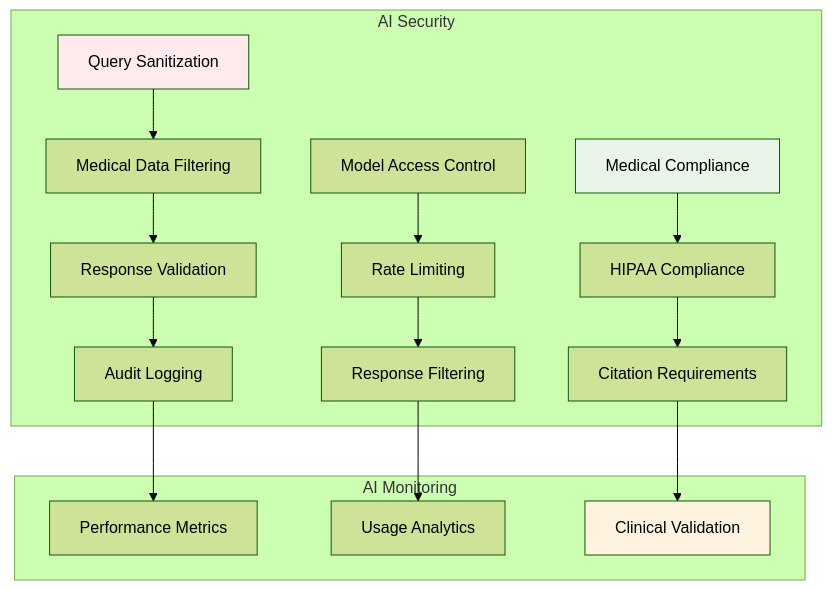
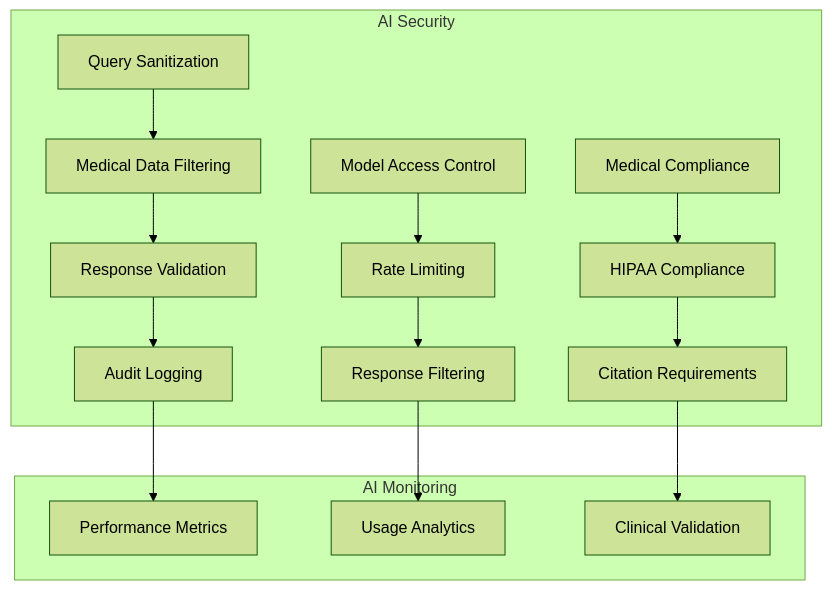
One commit to genewang/Ayuma changed diagram 14 of 14 in ARCHITECTURE.md. Above: the diagram before and after it, drawn with Mermaid (forest theme). The commit also changed other lines of this file and 2 other files, not shown here.

First line of the commit message:
docs: standardize Mermaid diagram styling across documentation

````diff
--- a/ARCHITECTURE.md
+++ b/ARCHITECTURE.md
@@ -956,24 +921,21 @@
 ```mermaid
 flowchart TD
     subgraph AI Security
         A[Query Sanitization] --> B[Medical Data Filtering]
         B --> C[Response Validation]
         C --> D[Audit Logging]
 
         E[Model Access Control] --> F[Rate Limiting]
         F --> G[Response Filtering]
 
         H[Medical Compliance] --> I[HIPAA Compliance]
         I --> J[Citation Requirements]
     end
 
     subgraph AI Monitoring
         D --> K[Performance Metrics]
         G --> L[Usage Analytics]
         J --> M[Clinical Validation]
     end
 
-    style A fill:#ffebee
-    style H fill:#e8f5e8
-    style M fill:#fff3e0
 ```
````
